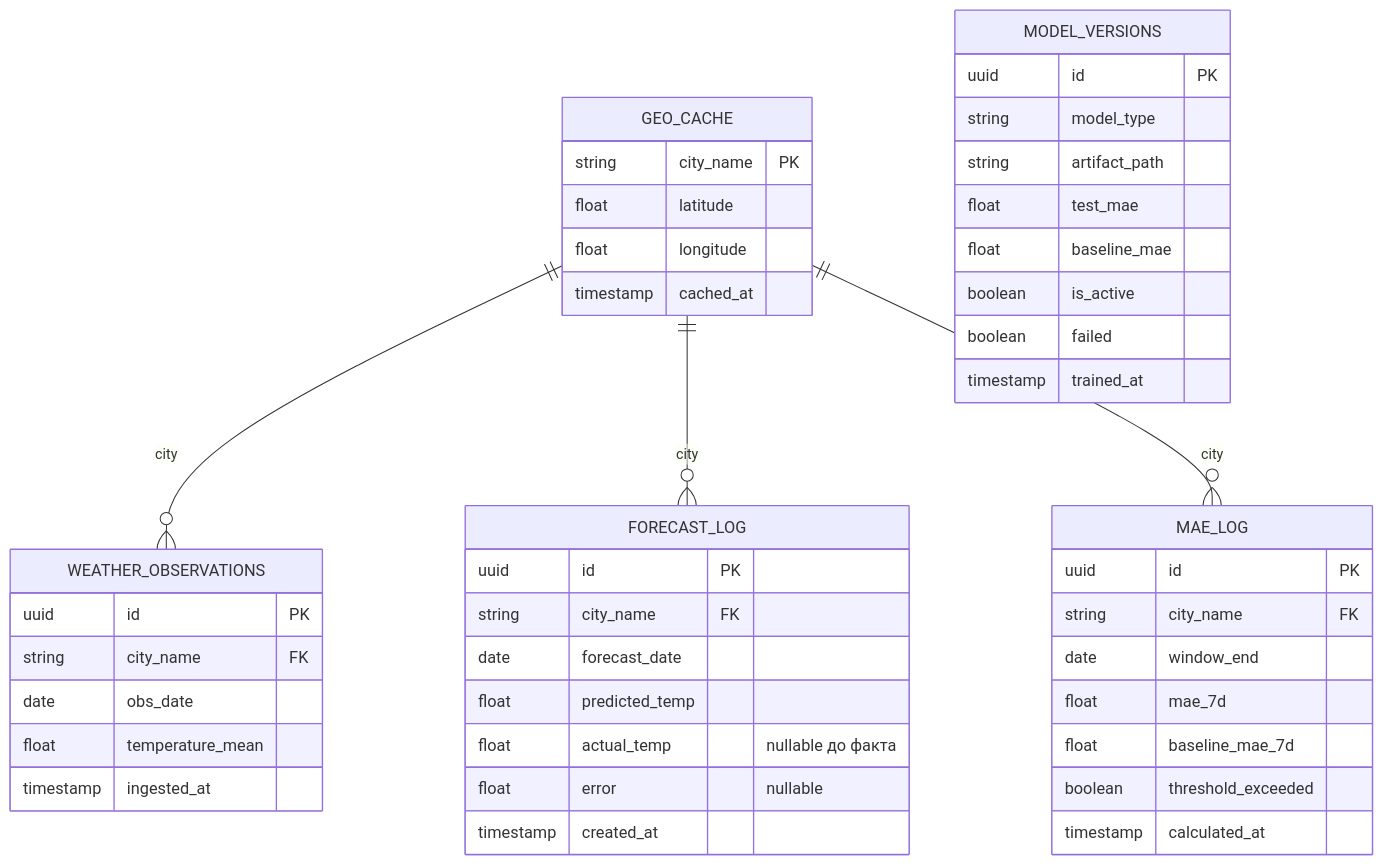
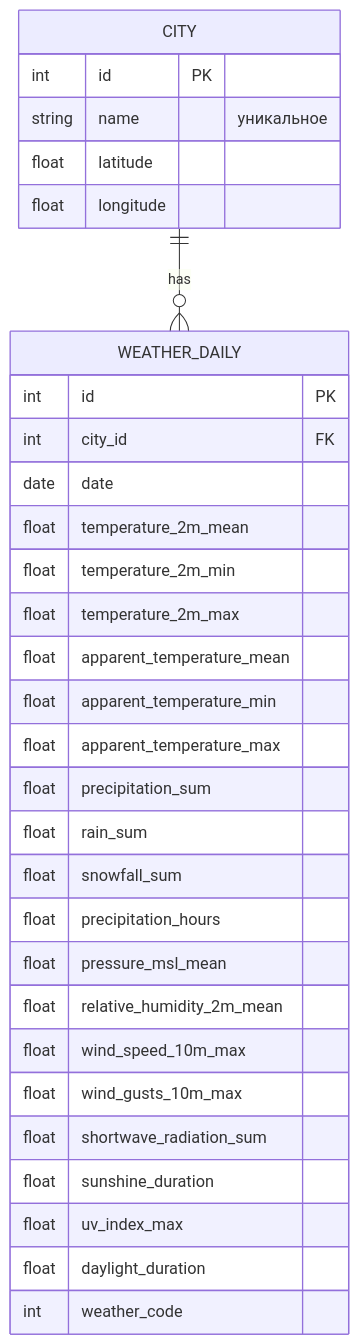
One commit to alekselu/weather_forecast changed the diagram in docs/Схема БД.md. Above: the diagram before and after it, drawn with Mermaid. The commit also changed 6 other files, not shown here.

Commit message:
remove useless exceptions; move model stub and base model to own file; move sequence diagrams to own folder in docs

````diff
--- a/docs/Схема БД.md
+++ b/docs/Схема БД.md
@@ -3,52 +3,36 @@
 ```mermaid
 erDiagram
-    GEO_CACHE {
-        string city_name PK
+    CITY {
+        int id PK
+        string name "уникальное"
         float latitude
         float longitude
-        timestamp cached_at
     }
 
-    WEATHER_OBSERVATIONS {
-        uuid id PK
-        string city_name FK
-        date obs_date
-        float temperature_mean
-        timestamp ingested_at
+    WEATHER_DAILY {
+        int id PK
+        int city_id FK
+        date date
+        float temperature_2m_mean
+        float temperature_2m_min
+        float temperature_2m_max
+        float apparent_temperature_mean
+        float apparent_temperature_min
+        float apparent_temperature_max
+        float precipitation_sum
+        float rain_sum
+        float snowfall_sum
+        float precipitation_hours
+        float pressure_msl_mean
+        float relative_humidity_2m_mean
+        float wind_speed_10m_max
+        float wind_gusts_10m_max
+        float shortwave_radiation_sum
+        float sunshine_duration
+        float uv_index_max
+        float daylight_duration
+        int weather_code
     }
 
-    FORECAST_LOG {
-        uuid id PK
-        string city_name FK
-        date forecast_date
-        float predicted_temp
-        float actual_temp "nullable до факта"
-        float error "nullable"
-        timestamp created_at
-    }
-
-    MAE_LOG {
-        uuid id PK
-        string city_name FK
-        date window_end
-        float mae_7d
-        float baseline_mae_7d
-        boolean threshold_exceeded
-        timestamp calculated_at
-    }
-
-    MODEL_VERSIONS {
-        uuid id PK
-        string model_type
-        string artifact_path
-        float test_mae
-        float baseline_mae
-        boolean is_active
-        boolean failed
-        timestamp trained_at
-    }
-
-    GEO_CACHE ||--o{ WEATHER_OBSERVATIONS : "city"
-    GEO_CACHE ||--o{ FORECAST_LOG : "city"
-    GEO_CACHE ||--o{ MAE_LOG : "city"
+    CITY ||--o{ WEATHER_DAILY : "has"
 ```
````
